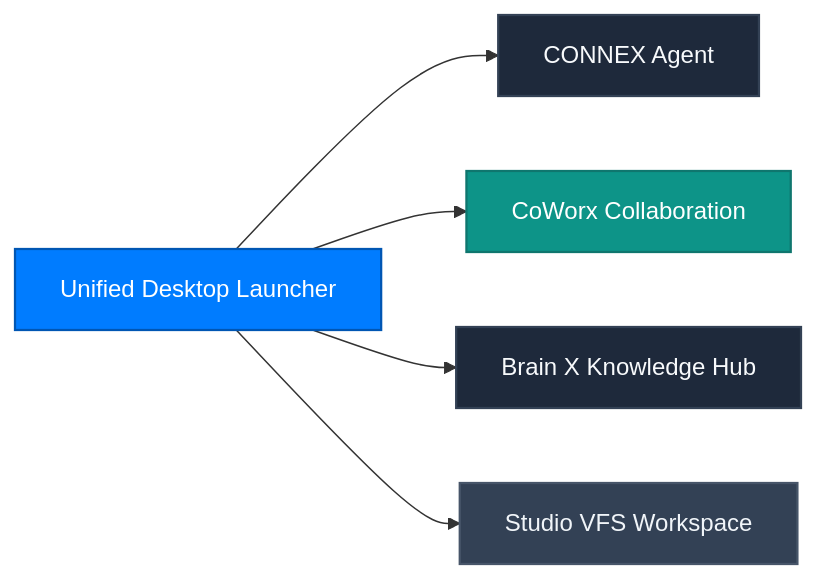
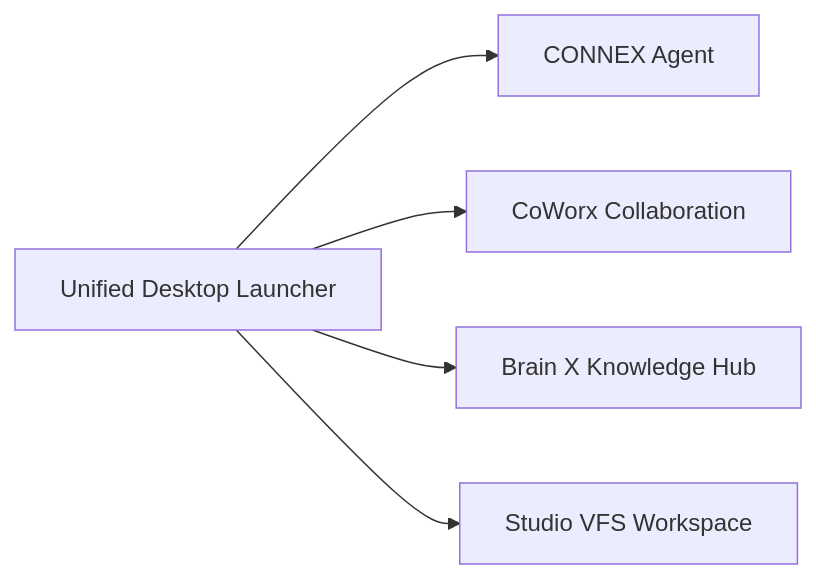
Before and after one commit to Connex-Brothers-Consulting-Group/cbcg-hs-connex-docs: the diagram in guide/workspace/manual.mdx, drawn with Mermaid. The commit also changed 24 other files, not shown here.

Commit message:
fix(docs): restore Lucide card icons, enforce transparent Mermaid line-art, add Cryptographic Kill Switch, and refine quiet luxury banner

````diff
--- a/guide/workspace/manual.mdx
+++ b/guide/workspace/manual.mdx
@@ -9,12 +9,8 @@
 ```mermaid
 graph LR
-    classDef primary fill:#007CFF,stroke:#0056B3,stroke-width:1.5px,color:#FFFFFF;
-    classDef enterprise fill:#1E293B,stroke:#334155,stroke-width:1.5px,color:#F8FAFC;
-    classDef accent fill:#0D9488,stroke:#0F766E,stroke-width:1.5px,color:#FFFFFF;
-    classDef storage fill:#334155,stroke:#475569,stroke-width:1.5px,color:#F1F5F9;
 
-    Desk["Unified Desktop Launcher"]:::primary --> Agent["CONNEX Agent"]:::enterprise
-    Desk --> Coworx["CoWorx Collaboration"]:::accent
-    Desk --> Brains["Brain X Knowledge Hub"]:::enterprise
-    Desk --> Studio["Studio VFS Workspace"]:::storage
+    Desk["Unified Desktop Launcher"] --> Agent["CONNEX Agent"]
+    Desk --> Coworx["CoWorx Collaboration"]
+    Desk --> Brains["Brain X Knowledge Hub"]
+    Desk --> Studio["Studio VFS Workspace"]
 ```
````
